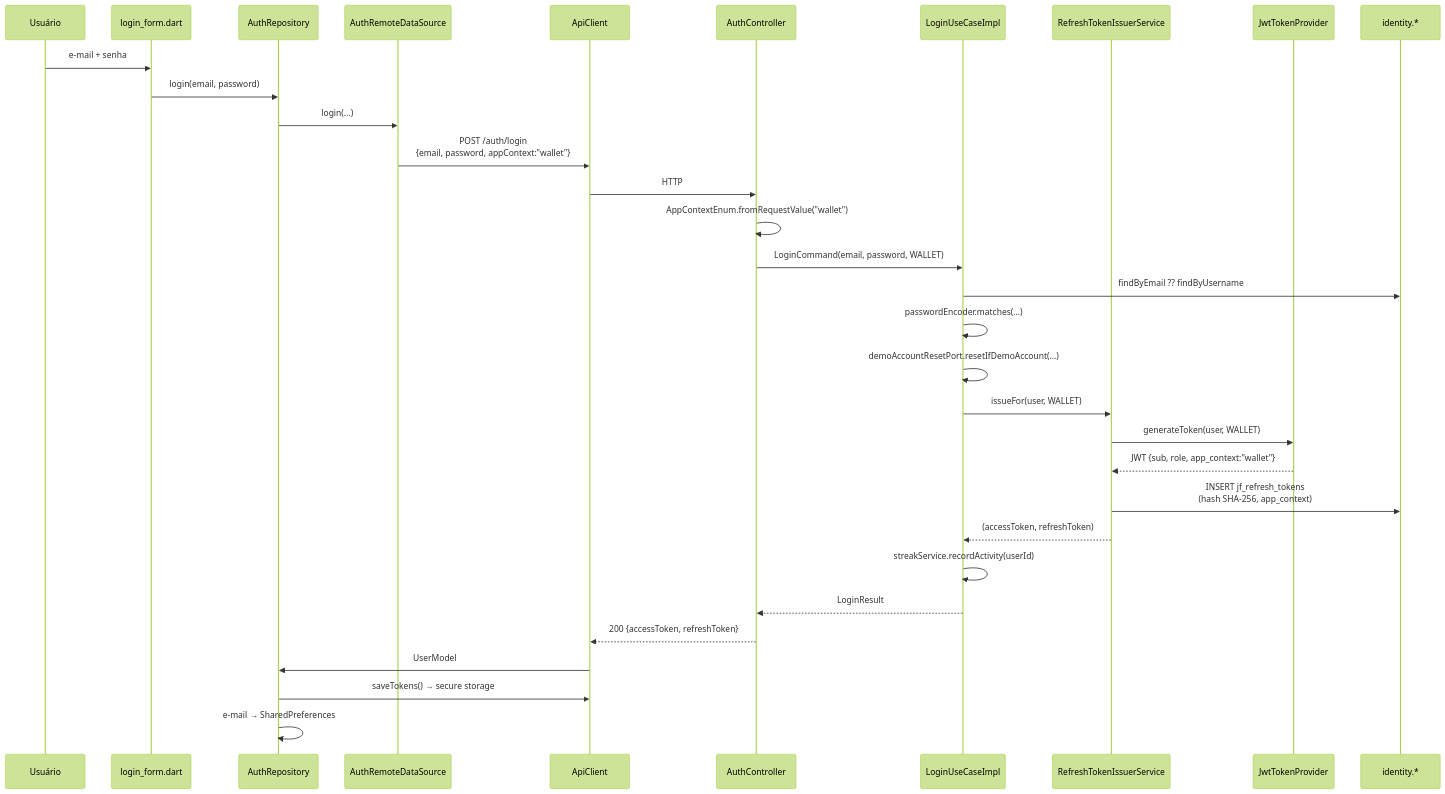
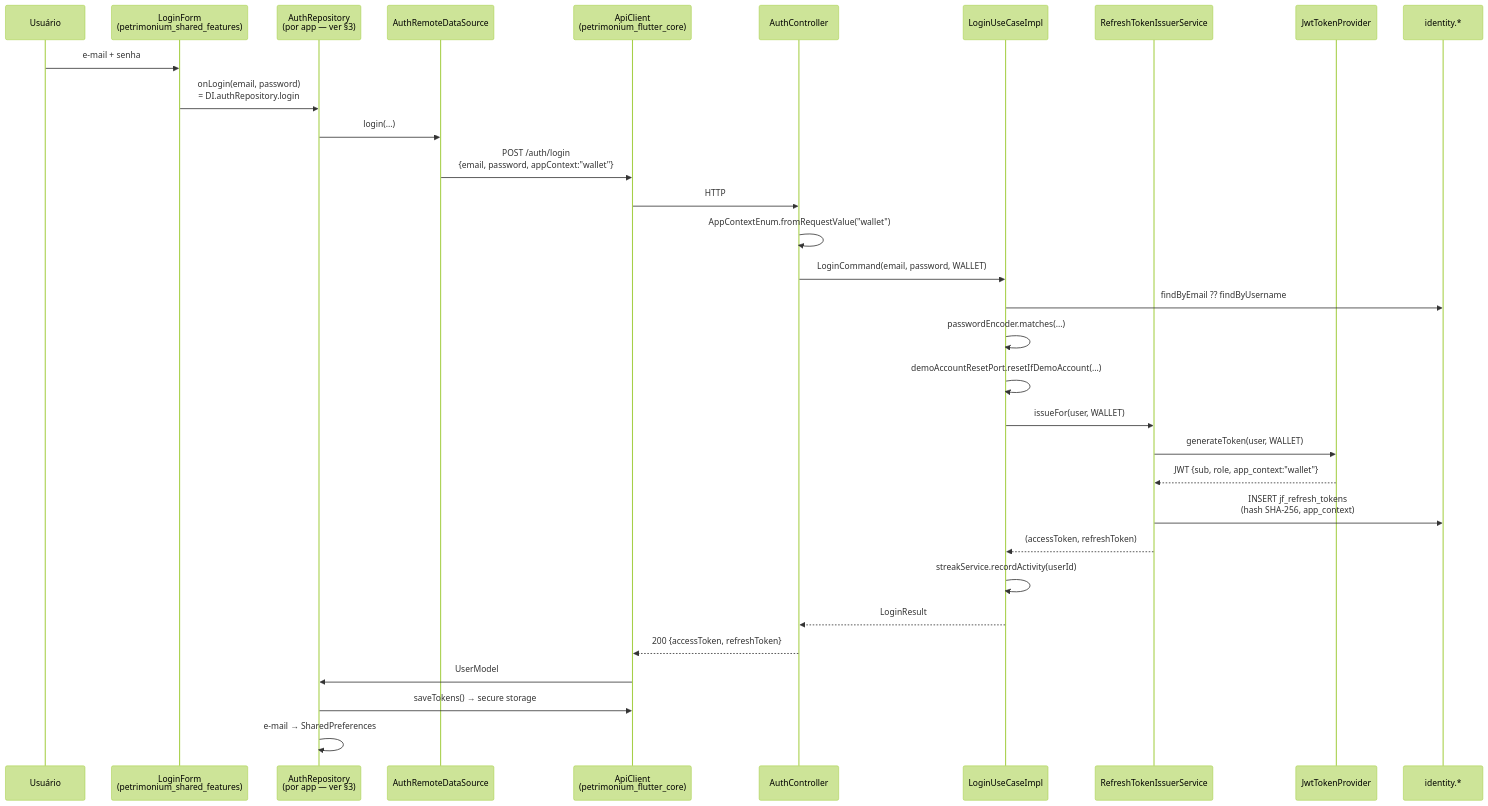
The first of 3 diagrams in docs/ARCHITECTURE/fatias/01-auth-e-app-context.md (AfonsoFernando051/Petrimonium-Backend), drawn with Mermaid (forest theme) before and after one commit. The commit also changed other lines of this file and 2 other files, not shown here.

Commit message:
feat(auth): add end-to-end tests for authentication endpoints and validate app context handling

````diff
--- a/docs/ARCHITECTURE/fatias/01-auth-e-app-context.md
+++ b/docs/ARCHITECTURE/fatias/01-auth-e-app-context.md
@@ -28,35 +47,35 @@
 ```mermaid
 sequenceDiagram
     participant U as Usuário
-    participant LF as login_form.dart
-    participant AR as AuthRepository
+    participant LF as LoginForm<br/>(petrimonium_shared_features)
+    participant AR as AuthRepository<br/>(por app — ver §3)
     participant DS as AuthRemoteDataSource
-    participant AC as ApiClient
+    participant AC as ApiClient<br/>(petrimonium_flutter_core)
     participant CT as AuthController
     participant UC as LoginUseCaseImpl
     participant IS as RefreshTokenIssuerService
     participant JP as JwtTokenProvider
     participant DB as identity.*
 
     U->>LF: e-mail + senha
-    LF->>AR: login(email, password)
+    LF->>AR: onLogin(email, password)<br/>= DI.authRepository.login
     AR->>DS: login(...)
     DS->>AC: POST /auth/login<br/>{email, password, appContext:"wallet"}
     AC->>CT: HTTP
     CT->>CT: AppContextEnum.fromRequestValue("wallet")
     CT->>UC: LoginCommand(email, password, WALLET)
     UC->>DB: findByEmail ?? findByUsername
     UC->>UC: passwordEncoder.matches(...)
     UC->>UC: demoAccountResetPort.resetIfDemoAccount(...)
     UC->>IS: issueFor(user, WALLET)
     IS->>JP: generateToken(user, WALLET)
     JP-->>IS: JWT {sub, role, app_context:"wallet"}
     IS->>DB: INSERT jf_refresh_tokens<br/>(hash SHA-256, app_context)
     IS-->>UC: (accessToken, refreshToken)
     UC->>UC: streakService.recordActivity(userId)
     UC-->>CT: LoginResult
     CT-->>AC: 200 {accessToken, refreshToken}
     AC->>AR: UserModel
     AR->>AC: saveTokens() → secure storage
     AR->>AR: e-mail → SharedPreferences
 ```
````
